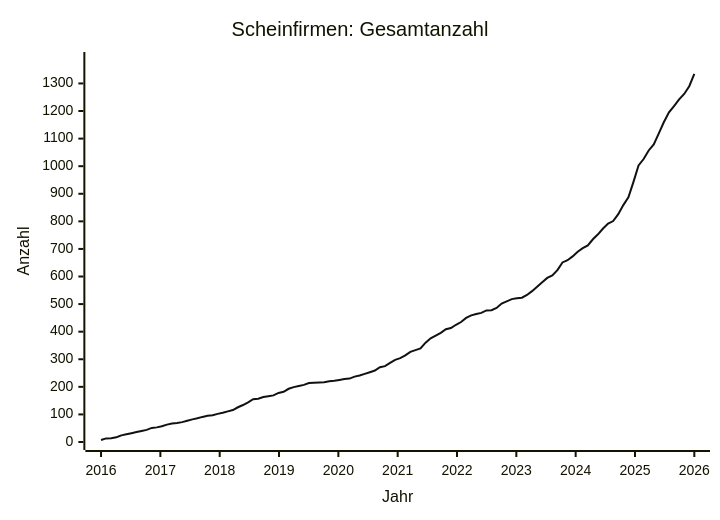
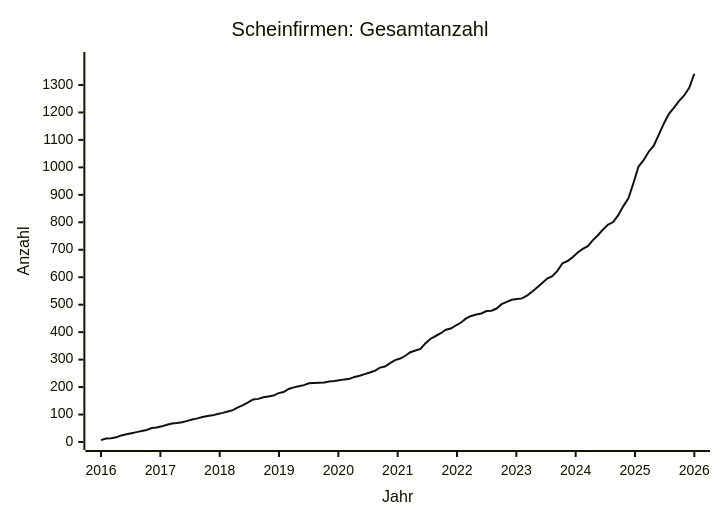
Before and after one commit to arjoma/scheinfirmen-at: the diagram in data/STATS.md, drawn with Mermaid. The commit also changed other lines of this file and 3 other files, not shown here.

````diff
--- a/data/STATS.md
+++ b/data/STATS.md
@@ -9,13 +9,13 @@
 ```mermaid
 ---
 config:
   themeVariables:
     xyChart:
       plotColorPalette: "#111111"
 ---
 xychart-beta
     title "Scheinfirmen: Gesamtanzahl"
     x-axis "Jahr" 2016 --> 2026
-    y-axis "Anzahl" 0 --> 1385
-    line [7, 13, 14, 17, 24, 28, 32, 36, 40, 44, 51, 53, 57, 63, 67, 69, 72, 77, 82, 86, 91, 95, 97, 102, 106, 111, 116, 126, 134, 144, 155, 157, 163, 166, 169, 178, 182, 193, 199, 203, 207, 214, 215, 216, 217, 220, 222, 225, 228, 230, 237, 241, 247, 253, 259, 271, 275, 287, 298, 304, 314, 327, 333, 339, 360, 376, 386, 396, 409, 413, 425, 435, 450, 459, 464, 468, 477, 478, 486, 502, 510, 518, 521, 523, 533, 547, 563, 579, 595, 604, 623, 651, 659, 673, 690, 703, 713, 735, 753, 774, 792, 801, 826, 859, 887, 943, 1003, 1026, 1057, 1079, 1119, 1160, 1195, 1218, 1242, 1262, 1290, 1335]
+    y-axis "Anzahl" 0 --> 1391
+    line [7, 13, 14, 17, 24, 28, 32, 36, 40, 44, 51, 53, 57, 63, 67, 69, 72, 77, 82, 86, 91, 95, 97, 102, 106, 111, 116, 126, 134, 144, 155, 157, 163, 166, 169, 178, 182, 193, 199, 203, 207, 214, 215, 216, 217, 220, 222, 225, 228, 230, 237, 241, 247, 253, 259, 271, 275, 287, 298, 304, 314, 327, 333, 339, 360, 376, 386, 396, 409, 413, 425, 435, 450, 459, 464, 468, 477, 478, 486, 502, 510, 518, 521, 523, 533, 547, 563, 579, 595, 604, 623, 651, 659, 673, 690, 703, 713, 735, 753, 774, 792, 801, 826, 859, 887, 943, 1003, 1026, 1057, 1079, 1119, 1160, 1195, 1218, 1242, 1262, 1290, 1341]
 ```
````
